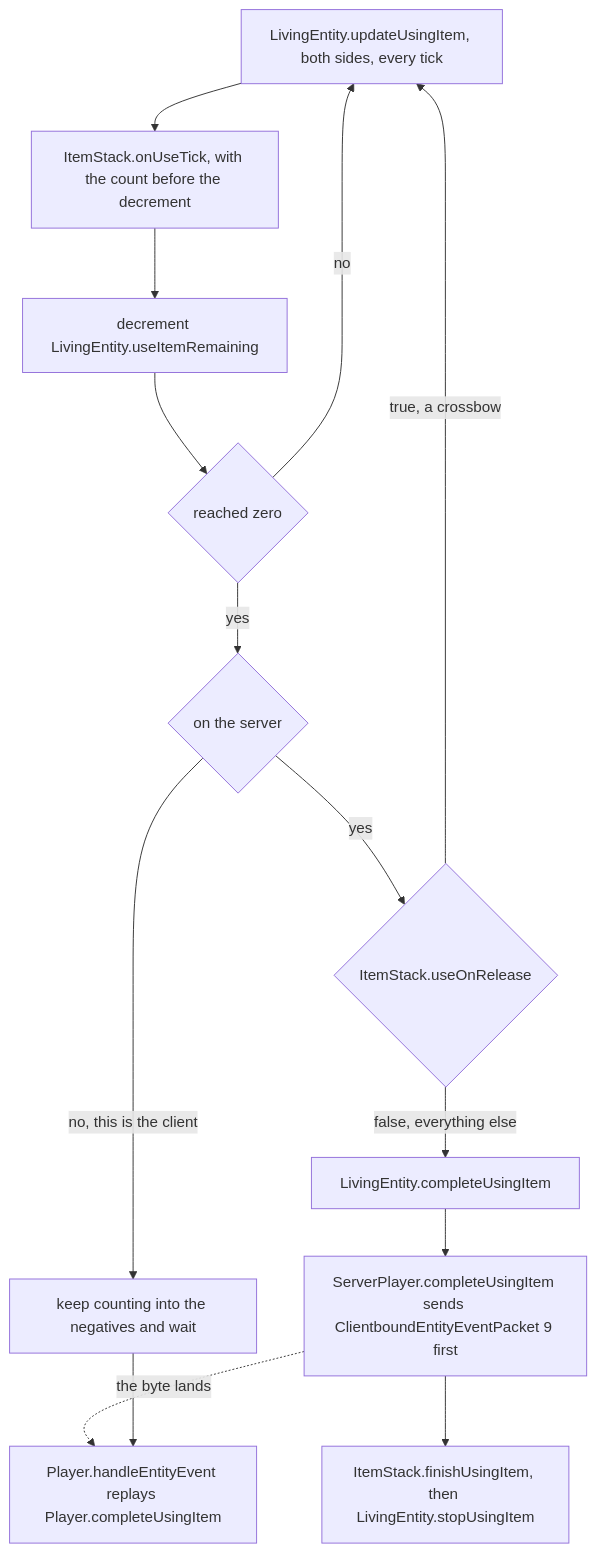
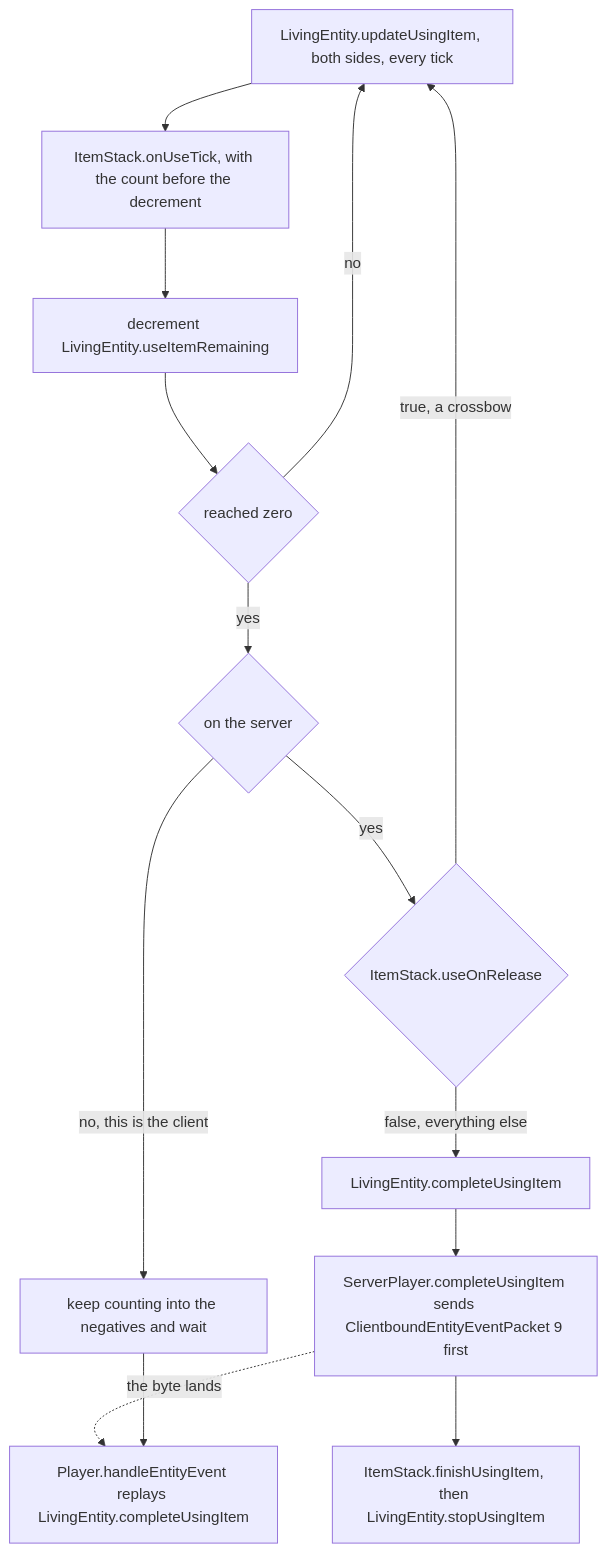
Before and after one commit to AlexanderjFraser/MinecraftDocs: the first of 4 diagrams in src/systems/items/using-an-item.md, drawn with Mermaid. The commit also changed other lines of this file and 17 other files, not shown here.

````diff
--- a/src/systems/items/using-an-item.md
+++ b/src/systems/items/using-an-item.md
@@ -231,17 +233,17 @@
 ```mermaid
 flowchart TD
     T["LivingEntity.updateUsingItem, both sides, every tick"]
     T --> A["ItemStack.onUseTick, with the count before the decrement"]
     A --> B["decrement LivingEntity.useItemRemaining"]
     B --> C{"reached zero"}
     C -- no --> T
     C -- yes --> D{"on the server"}
     D -- "no, this is the client" --> W["keep counting into the negatives and wait"]:::client
     D -- yes --> E{"ItemStack.useOnRelease"}
     E -- "true, a crossbow" --> T
     E -- "false, everything else" --> F["LivingEntity.completeUsingItem"]:::server
     F --> G["ServerPlayer.completeUsingItem sends ClientboundEntityEventPacket 9 first"]:::server
     G --> H["ItemStack.finishUsingItem, then LivingEntity.stopUsingItem"]:::server
-    G -. "the byte lands" .-> X["Player.handleEntityEvent replays Player.completeUsingItem"]:::client
+    G -. "the byte lands" .-> X["Player.handleEntityEvent replays LivingEntity.completeUsingItem"]:::client
     W --> X
 ```
````
